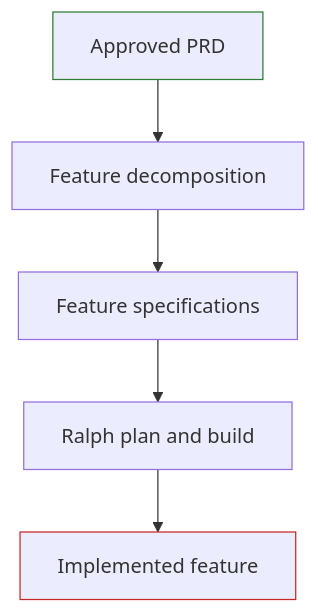
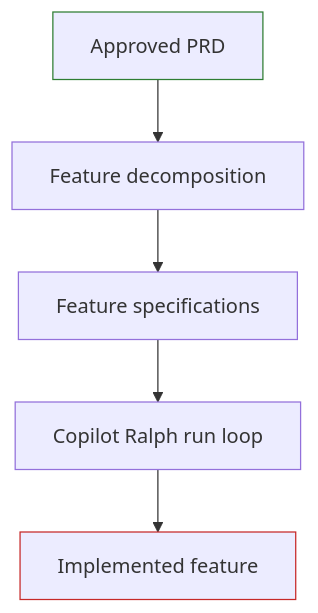
The diagram in src/pages/modernisation-playbook/re-engineering/tooling.md (DEFRA/lap-blueprint-dev), drawn with Mermaid before and after one commit. The commit also changed other lines of this file and 47 other files, not shown here.

````diff
--- a/src/pages/modernisation-playbook/re-engineering/tooling.md
+++ b/src/pages/modernisation-playbook/re-engineering/tooling.md
@@ -12,18 +12,18 @@
 ```mermaid
 flowchart TD
 	PRD["Approved PRD"]
 	Decomposition["Feature decomposition"]
 	Specifications["Feature specifications"]
-	Ralph["Ralph plan and build"]
+	Ralph["Copilot Ralph run loop"]
 	Feature["Implemented feature"]
 
 	PRD --> Decomposition
 	Decomposition --> Specifications
 	Specifications --> Ralph
 	Ralph --> Feature
 
 	classDef startPoint stroke:#2e7d32
 	classDef termination stroke:#c62828
 	class PRD startPoint
 	class Feature termination
 ```
````
